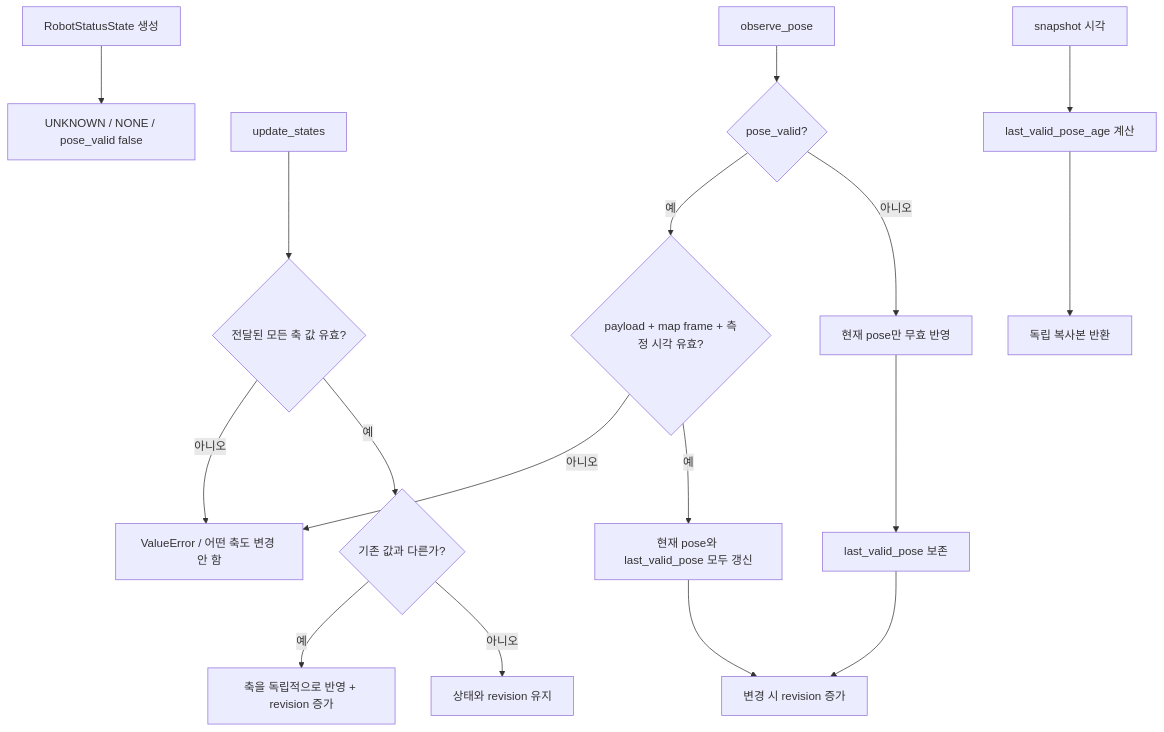
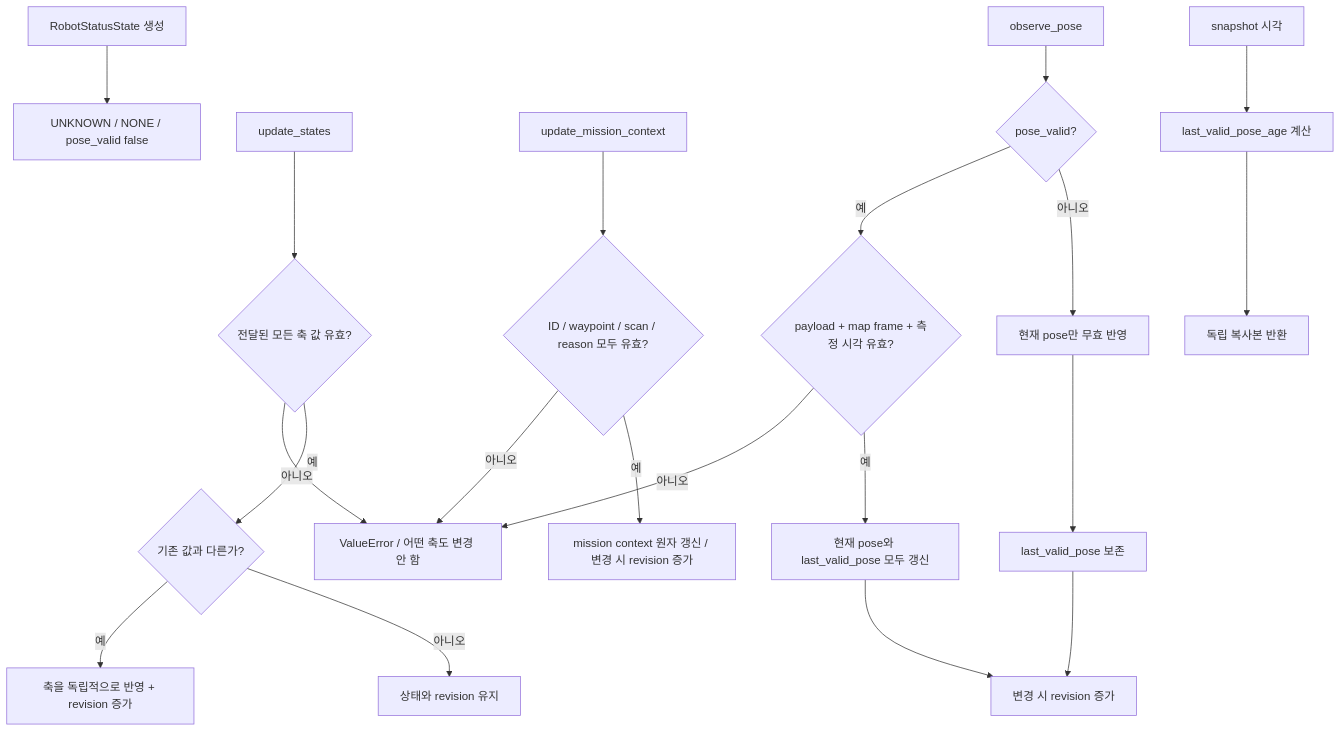
Diagram 18 of 21 in docs/amr.md (suuuhululu/patrol), drawn with Mermaid before and after one commit. The commit also changed other lines of this file and 29 other files, not shown here.

```diff
--- a/docs/amr.md
+++ b/docs/amr.md
@@ -525,19 +740,22 @@
 ~~~mermaid
 flowchart TD
     INIT[RobotStatusState 생성] --> DEFAULT[UNKNOWN / NONE / pose_valid false]
     STATE[update_states] --> VALIDATE{전달된 모든 축 값 유효?}
     VALIDATE -->|아니오| ERROR[ValueError / 어떤 축도 변경 안 함]
     VALIDATE -->|예| CHANGED{기존 값과 다른가?}
     CHANGED -->|예| APPLY[축을 독립적으로 반영 + revision 증가]
     CHANGED -->|아니오| KEEP[상태와 revision 유지]
+    CONTEXT[update_mission_context] --> CVALID{ID / waypoint / scan / reason 모두 유효?}
+    CVALID -->|아니오| ERROR
+    CVALID -->|예| CKEEP[mission context 원자 갱신 / 변경 시 revision 증가]
     POSE[observe_pose] --> PVALID{pose_valid?}
     PVALID -->|예| PCHECK{payload + map frame + 측정 시각 유효?}
     PCHECK -->|아니오| ERROR
     PCHECK -->|예| SAVE[현재 pose와 last_valid_pose 모두 갱신]
     PVALID -->|아니오| INVALID[현재 pose만 무효 반영]
     INVALID --> PRESERVE[last_valid_pose 보존]
     SAVE --> REV[변경 시 revision 증가]
     PRESERVE --> REV
     SNAP[snapshot 시각] --> AGE[last_valid_pose_age 계산]
     AGE --> COPY[독립 복사본 반환]
 ~~~
```
